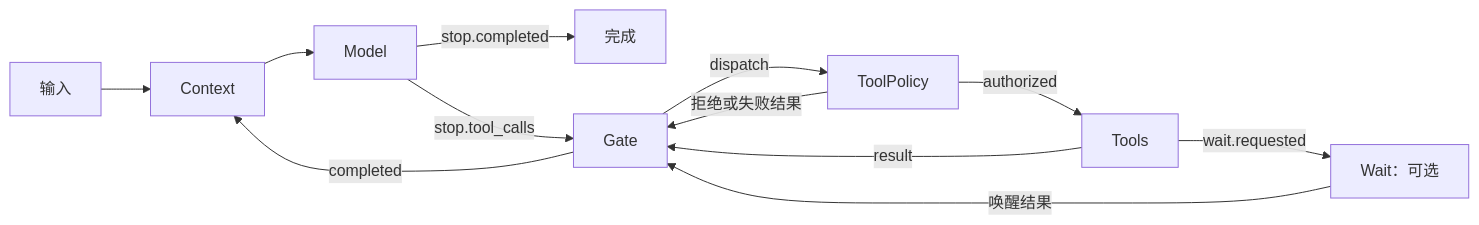
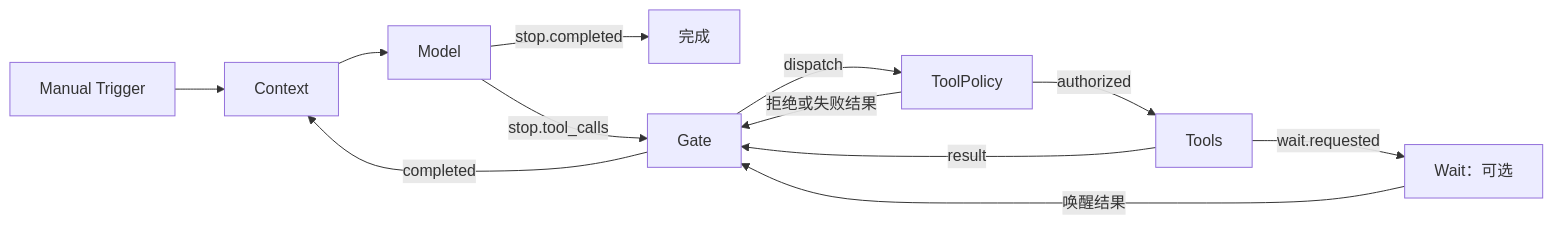
Before and after one commit to xinjiyuan97/Mina: the diagram in README.md, drawn with Mermaid. The commit also changed other lines of this file and 18 other files, not shown here.

Commit message:
feat(graph): add named manual trigger nodes and graph schema v2

````diff
--- a/README.md
+++ b/README.md
@@ -22,14 +23,14 @@
 ```mermaid
 flowchart LR
-    Input[输入] --> Context[Context]
+    Trigger[Manual Trigger] --> Context[Context]
     Context --> Model[Model]
     Model -->|stop.completed| Done[完成]
     Model -->|stop.tool_calls| Gate[Gate]
     Gate -->|dispatch| Policy[ToolPolicy]
     Policy -->|authorized| Tools[Tools]
     Policy -->|拒绝或失败结果| Gate
     Tools -->|result| Gate
     Tools -->|wait.requested| Wait[Wait：可选]
     Wait -->|唤醒结果| Gate
     Gate -->|completed| Context
 ```
````
